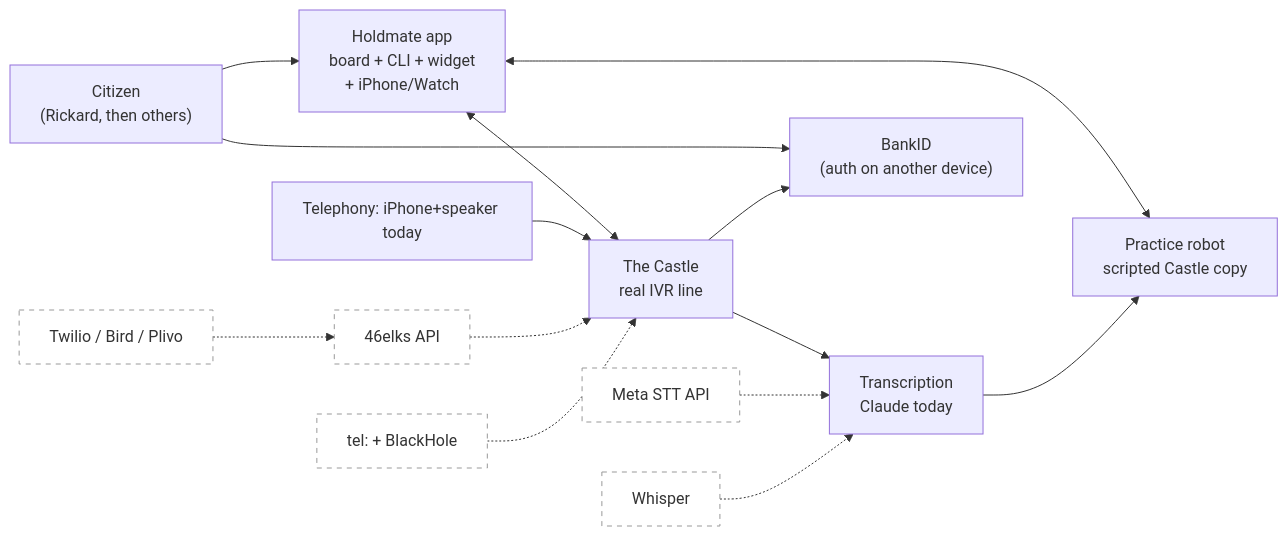
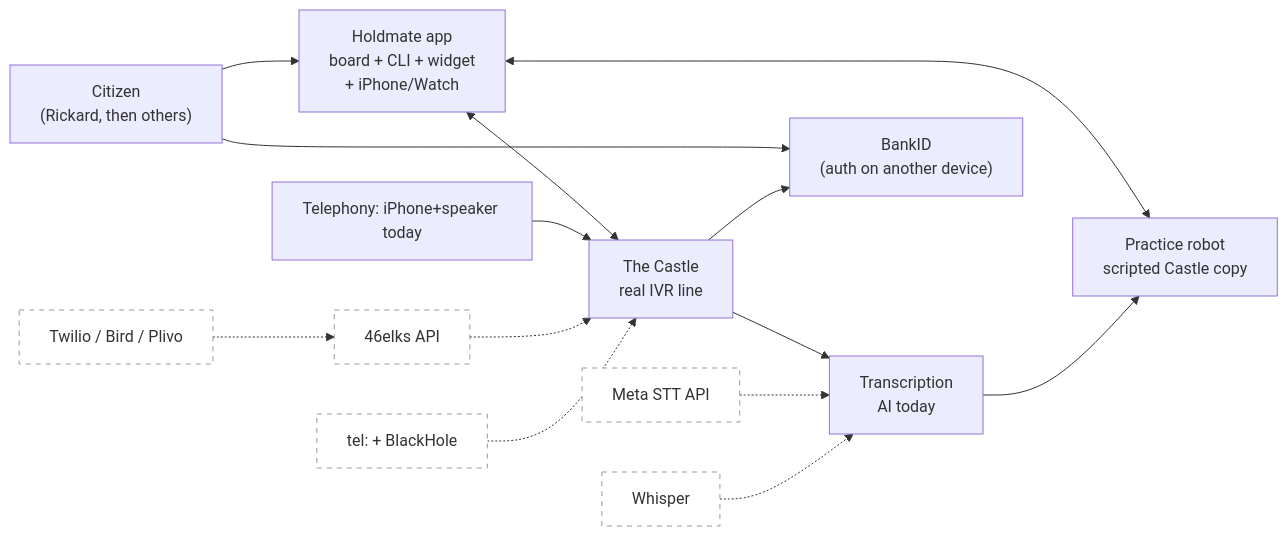
The first of 3 diagrams in docs/system-overview.md (kizouker/adaptive-IVR-agent), drawn with Mermaid before and after one commit. The commit also changed other lines of this file and 22 other files, not shown here.

````diff
--- a/docs/system-overview.md
+++ b/docs/system-overview.md
@@ -14,29 +14,29 @@
 ```mermaid
 flowchart LR
     CIT["Citizen<br/>(Rickard, then others)"]
     APP["Holdmate app<br/>board + CLI + widget<br/>+ iPhone/Watch"]
     ROB["Practice robot<br/>scripted Castle copy"]
     CAS["The Castle<br/>real IVR line"]
-    TR["Transcription<br/>Claude today"]
+    TR["Transcription<br/>AI today"]
     TRM["Meta STT API"]:::alt
     TRW["Whisper"]:::alt
     TEL["Telephony: iPhone+speaker today"] 
     ELK["46elks API"]:::alt
     OTH["Twilio / Bird / Plivo"]:::alt
     TB["tel: + BlackHole"]:::alt
     BID["BankID<br/>(auth on another device)"]
     CIT --> APP
     APP <--> ROB
     APP <--> CAS
     CAS --> TR
     TRM -.-> TR
     TRW -.-> TR
     TR --> ROB
     TEL --> CAS
     ELK -.-> CAS
     TB -.-> CAS
     OTH -.-> ELK
     CIT --> BID
     CAS --> BID
     classDef alt fill:#fff,stroke:#999,stroke-dasharray:5 5;
 ```
````
